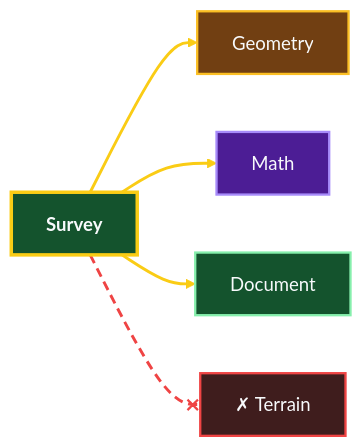
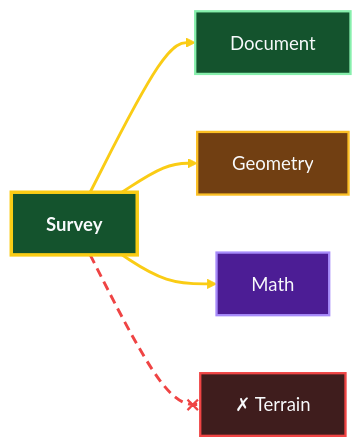
One commit to chetjones003/GoSurvey changed the eighth of 42 diagrams in docs/architecture/system-dependencies.md. Above: the diagram before and after it, drawn with Mermaid (forest theme). The commit also changed other lines of this file and 3 other files, not shown here.

First line of the commit message:
tools: structure diagram generator and check it in CI

````diff
--- a/docs/architecture/system-dependencies.md
+++ b/docs/architecture/system-dependencies.md
@@ -302,21 +304,21 @@
 ```mermaid
 flowchart LR
   survey__src["<b>Survey</b>"]
+  survey__document["Document"]
   survey__geometry["Geometry"]
   survey__math["Math"]
-  survey__document["Document"]
   survey__x_terrain["✗ Terrain"]
+  survey__src --> survey__document
   survey__src --> survey__geometry
   survey__src --> survey__math
-  survey__src --> survey__document
   survey__src -.-x survey__x_terrain
   style survey__src fill:#14532d,stroke:#facc15,stroke-width:3px,color:#f8fafc
+  style survey__document fill:#14532d,stroke:#86efac,stroke-width:2px,color:#f8fafc
   style survey__geometry fill:#713f12,stroke:#fbbf24,stroke-width:2px,color:#f8fafc
   style survey__math fill:#4c1d95,stroke:#a78bfa,stroke-width:2px,color:#f8fafc
-  style survey__document fill:#14532d,stroke:#86efac,stroke-width:2px,color:#f8fafc
   style survey__x_terrain fill:#3f1d1d,stroke:#ef4444,stroke-width:2px,color:#f8fafc
   linkStyle 0 stroke:#facc15,stroke-width:2.5px
   linkStyle 1 stroke:#facc15,stroke-width:2.5px
   linkStyle 2 stroke:#facc15,stroke-width:2.5px
   linkStyle 3 stroke:#ef4444,stroke-width:2.5px,stroke-dasharray:8 5
 ```
````
